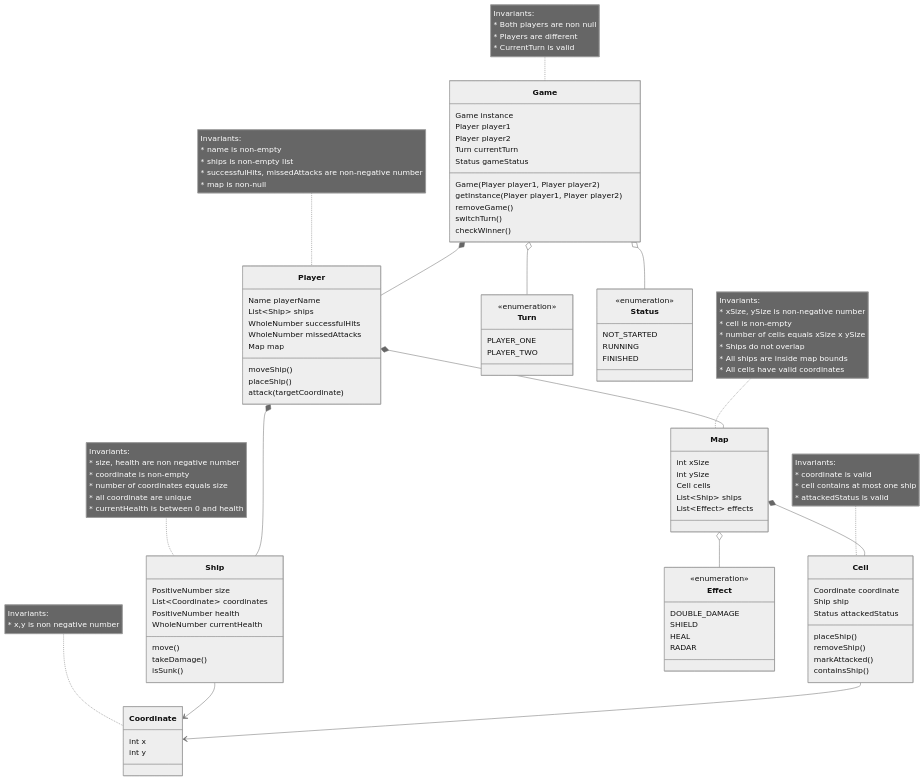
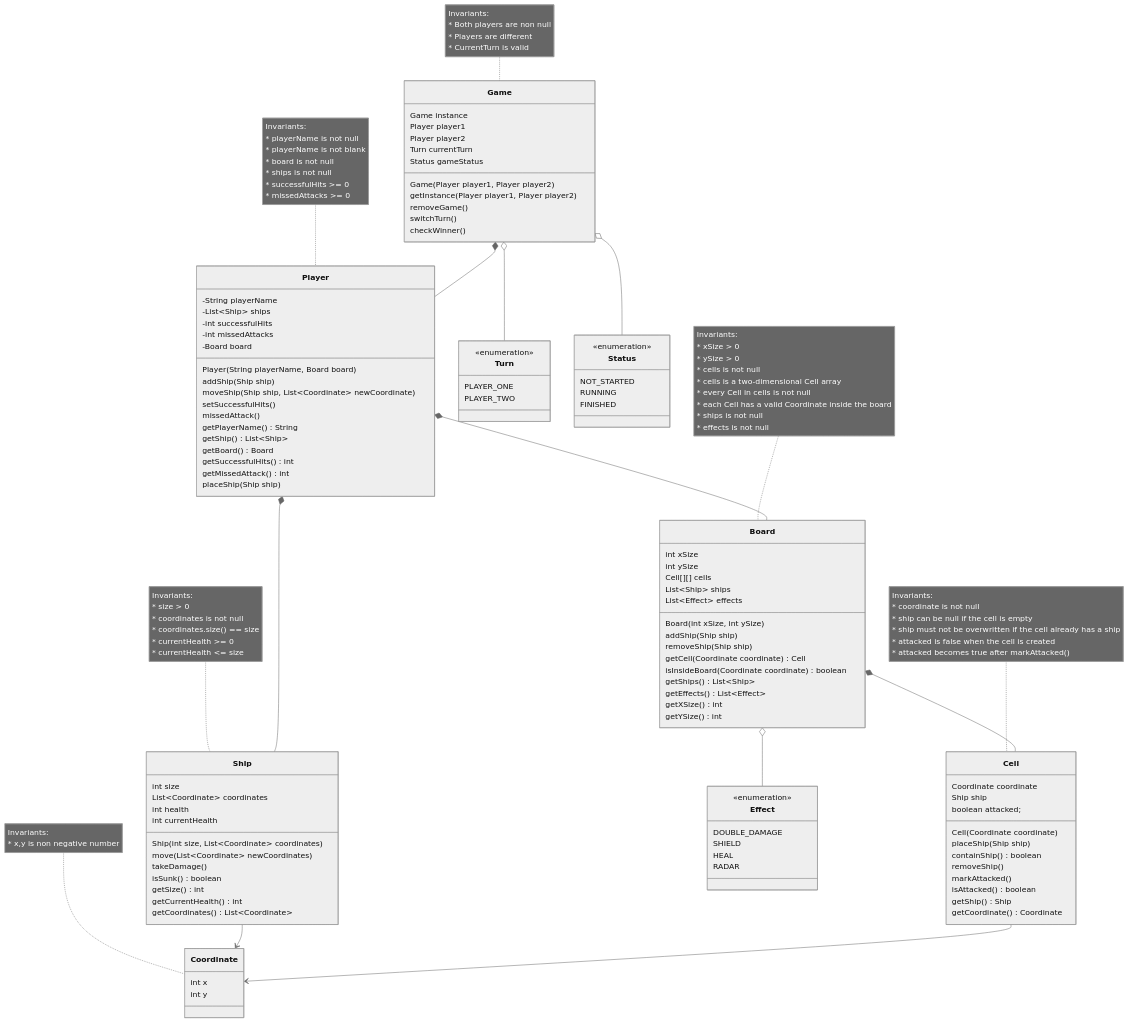
One commit to ThienTang923/COMP-2450-Battleship changed the diagram in README.md. Above: the diagram before and after it, drawn with Mermaid (neutral theme). The commit also changed other lines of this file, not shown here.

Commit message:
adding and changing some part in readme

````diff
--- a/README.md
+++ b/README.md
@@ -61,57 +67,83 @@
 ```mermaid
 classDiagram 
     class Player {
-        Name playerName
-        List~Ship~ ships
-        WholeNumber successfulHits
-        WholeNumber missedAttacks
-        Map map
-
-        moveShip()
-        placeShip()
-        attack(targetCoordinate)
+        -String playerName
+        -List~Ship~ ships
+        -int successfulHits
+        -int missedAttacks
+        -Board board
+        
+        Player(String playerName, Board board)
+        addShip(Ship ship)
+        moveShip(Ship ship, List~Coordinate~ newCoordinate)
+        setSuccessfulHits()
+        missedAttack()
+        getPlayerName() String
+        getShip() List~Ship~
+        getBoard() Board
+        getSuccessfulHits() int
+        getMissedAttack() int
+        placeShip(Ship ship)
     }
 
     note for Player "Invariants:
-        * name is non-empty
-        * ships is non-empty list
-        * successfulHits, missedAttacks are non-negative number
-        * map is non-null
-    "
-    class Map {
+        * playerName is not null
+        * playerName is not blank
+        * board is not null
+        * ships is not null
+        * successfulHits >= 0
+        * missedAttacks >= 0"
+    
+    class Board {
         int xSize
         int ySize
-        Cell cells
+        Cell[][] cells
         List~Ship~ ships
         List~Effect~ effects
+        
+        Board(int xSize, int ySize)
+        addShip(Ship ship)
+        removeShip(Ship ship)
+        getCell(Coordinate coordinate) Cell
+        isInsideBoard(Coordinate coordinate) boolean
+        getShips() List~Ship~
+        getEffects() List~Effect~
+        getXSize() int
+        getYSize() int
     }
 
-    note for Map "Invariants:
-        * xSize, ySize is non-negative number
-        * cell is non-empty
-        * number of cells equals xSize x ySize
-        * Ships do not overlap
-        * All ships are inside map bounds
-        * All cells have valid coordinates
+    note for Board "Invariants:
+        * xSize > 0
+        * ySize > 0
+        * cells is not null
+        * cells is a two-dimensional Cell array
+        * every Cell in cells is not null
+        * each Cell has a valid Coordinate inside the board
+        * ships is not null
+        * effects is not null
     "
 
     class Ship {
-        PositiveNumber size
+        int size
         List~Coordinate~ coordinates
-        PositiveNumber health
-        WholeNumber currentHealth
+        int health
+        int currentHealth
 
-        move()
+        Ship(int size, List~Coordinate~ coordinates)
+        move(List~Coordinate~ newCoordinates)
         takeDamage()
-        isSunk()
+        isSunk() boolean
+        getSize() int
+        getCurrentHealth() int
+        getCoordinates() List~Coordinate~
     }
 
     note for Ship "Invariants:
-        * size, health are non negative number
-        * coordinate is non-empty 
-        * number of coordinates equals size
-        * all coordinate are unique
-        * currentHealth is between 0 and health
+        * size > 0
+        * coordinates is not null
+        * coordinates.size() == size
+        * currentHealth >= 0
+        * currentHealth <= size
     "
     
     class Coordinate {
@@ -126,18 +158,24 @@
     class Cell {
         Coordinate coordinate
         Ship ship
-        Status attackedStatus
-        
-        placeShip()
+        boolean attacked;
+
+        Cell(Coordinate coordinate)
+        placeShip(Ship ship)
+        containShip() boolean
         removeShip()
         markAttacked()
-        containsShip()
+        isAttacked() boolean
+        getShip() Ship
+        getCoordinate() Coordinate
     }
     
     note for Cell "Invariants: 
-        * coordinate is valid
-        * cell contains at most one ship
-        * attackedStatus is valid
+        * coordinate is not null
+        * ship can be null if the cell is empty
+        * ship must not be overwritten if the cell already has a ship
+        * attacked is false when the cell is created
+        * attacked becomes true after markAttacked()
     "
     
     class Effect {
@@ -182,11 +220,11 @@
     "
     Game *-- Player
     Player *-- Ship
-    Player *-- Map
-    Map *-- Cell
+    Player *-- Board
+    Board *-- Cell
     Ship --> Coordinate
     Cell --> Coordinate
-    Map o-- Effect
+    Board o-- Effect
     Game o-- Turn
     Game o-- Status
 ```
````
